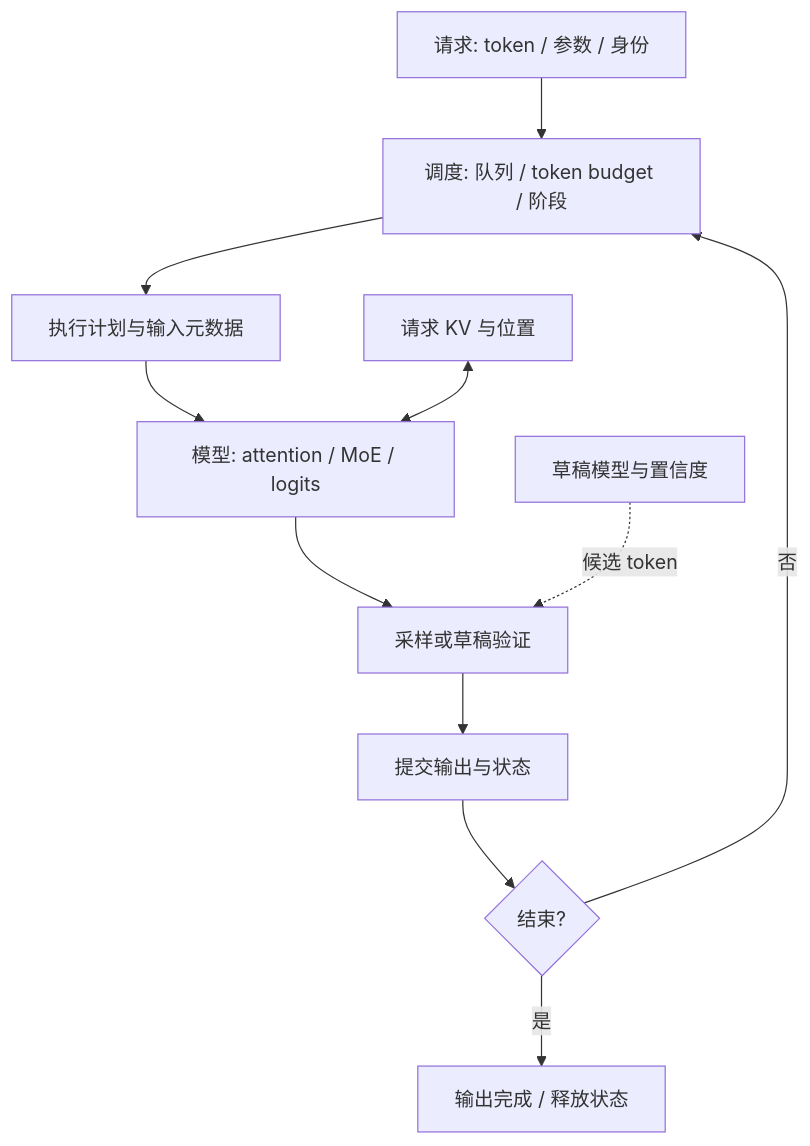
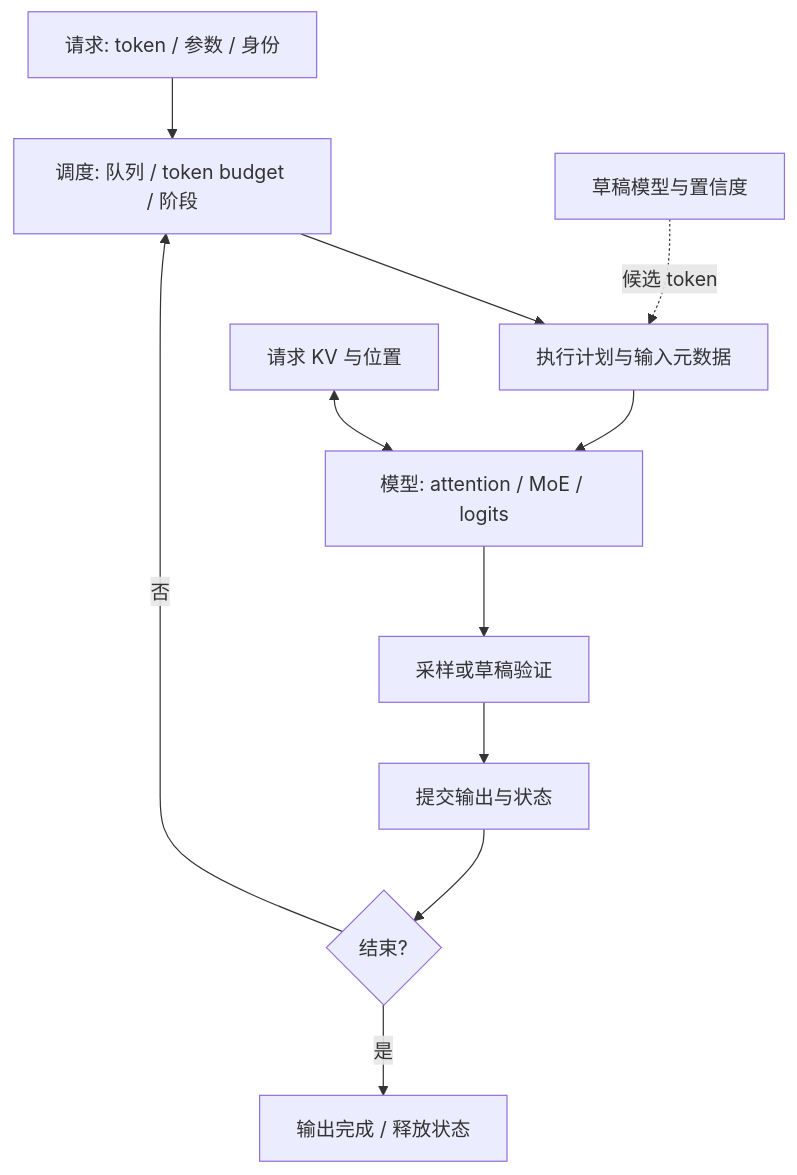
The diagram in docs/interview-guide.md (PeriodBLUE/nano-deepseek-infer), drawn with Mermaid before and after one commit. The commit also changed other lines of this file and 18 other files, not shown here.

````diff
--- a/docs/interview-guide.md
+++ b/docs/interview-guide.md
@@ -22,13 +22,13 @@
 ```mermaid
 flowchart TD
     R[请求: token / 参数 / 身份] --> S[调度: 队列 / token budget / 阶段]
     S --> W[执行计划与输入元数据]
     W --> M[模型: attention / MoE / logits]
     K[请求 KV 与位置] <--> M
     M --> O[采样或草稿验证]
     O --> C[提交输出与状态]
     C --> D{结束?}
     D -->|否| S
     D -->|是| F[输出完成 / 释放状态]
-    B[草稿模型与置信度] -.候选 token.-> O
+    B[草稿模型与置信度] -.候选 token.-> W
 ```
````
